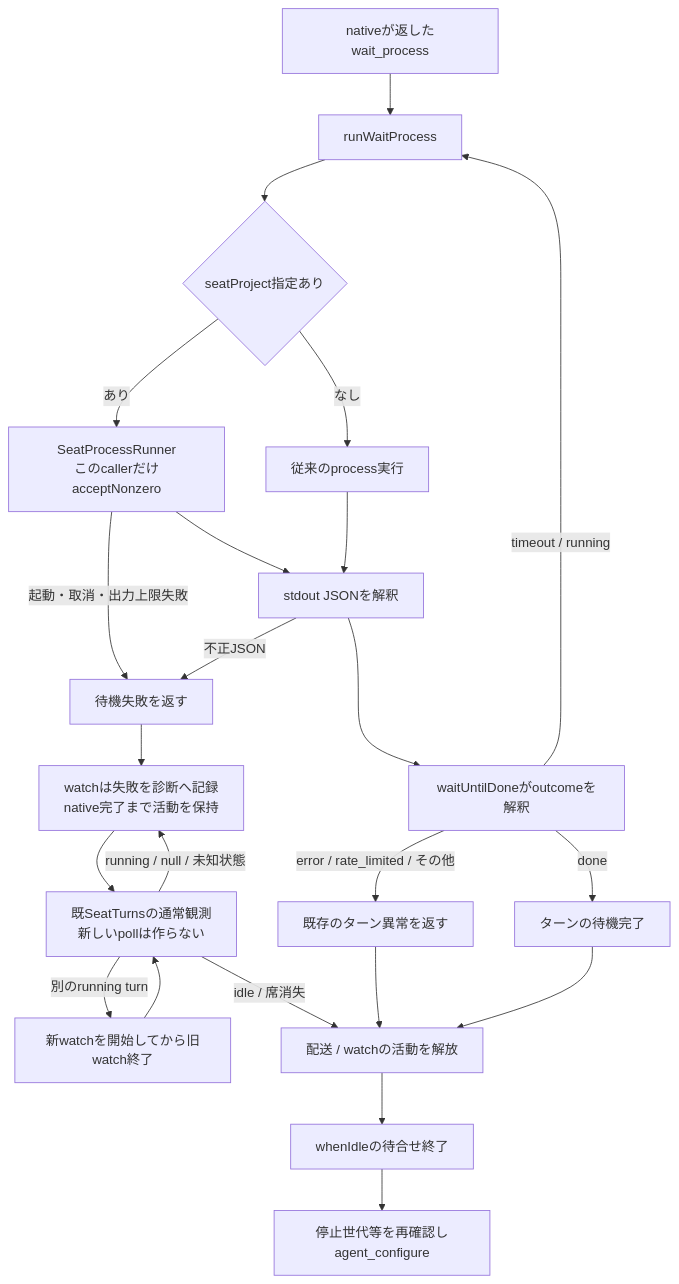
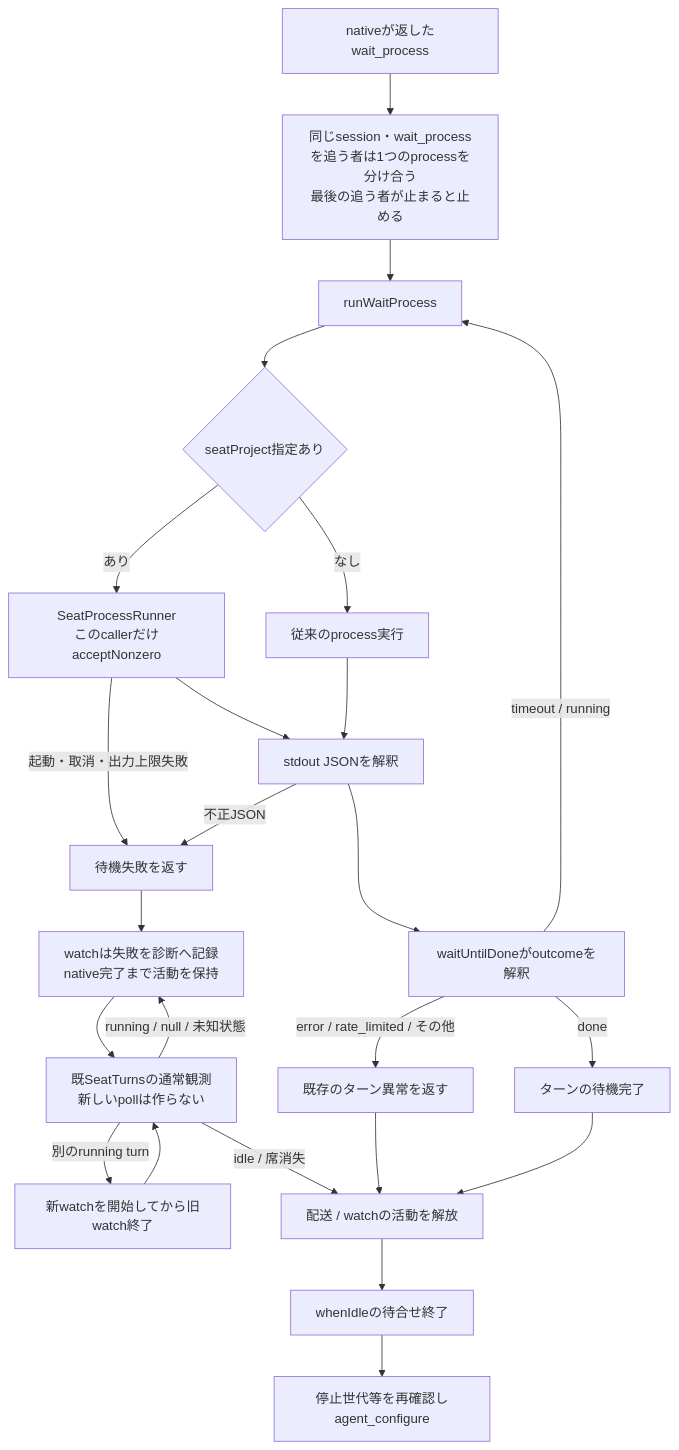
Before and after one commit to kitepon/BellTeam: the first of 6 diagrams in docs/architecture/modules/execution/wait-contract.md, drawn with Mermaid. The commit also changed 2 other files, not shown here.

Commit message:
execution: queued deliveries of one seat share one turn wait process (memory grew with every queued delivery)
A busy seat's queued deliveries each started their own aiterm-wait (sudo + run-seat-command + wait-cli, ~160 MB local, ~70 MB over ssh) on the same
session and cursor. One process per (session, wait_process) now serves every follower; the last follower to stop stops it.

````diff
--- a/docs/architecture/modules/execution/wait-contract.md
+++ b/docs/architecture/modules/execution/wait-contract.md
@@ -9,25 +9,26 @@
 ```mermaid
 flowchart TD
-  Descriptor["nativeが返したwait_process"] --> Caller["runWaitProcess"]
+  Descriptor["nativeが返したwait_process"] --> Share["同じsession・wait_processを追う者は1つのprocessを分け合う<br/>最後の追う者が止まると止める"]
+  Share --> Caller["runWaitProcess"]
   Caller --> Seat{"seatProject指定あり"}
   Seat -->|"あり"| Runner["SeatProcessRunner<br/>このcallerだけacceptNonzero"]
   Seat -->|"なし"| Spawn["従来のprocess実行"]
   Runner --> JSON["stdout JSONを解釈"]
   Spawn --> JSON
   Runner -->|"起動・取消・出力上限失敗"| Failure["待機失敗を返す"]
   JSON -->|"不正JSON"| Failure
   JSON --> Outcome["waitUntilDoneがoutcomeを解釈"]
   Outcome -->|"timeout / running"| Caller
   Outcome -->|"done"| Complete["ターンの待機完了"]
   Outcome -->|"error / rate_limited / その他"| TurnFailure["既存のターン異常を返す"]
   Failure --> FailedWatch["watchは失敗を診断へ記録<br/>native完了まで活動を保持"]
   FailedWatch --> Poll["既SeatTurnsの通常観測<br/>新しいpollは作らない"]
   Poll -->|"running / null / 未知状態"| FailedWatch
   Poll -->|"別のrunning turn"| Handoff["新watchを開始してから旧watch終了"]
   Handoff --> Poll
   Poll -->|"idle / 席消失"| Release
   TurnFailure --> Release
   Complete --> Release["配送 / watchの活動を解放"]
   Release --> Idle["whenIdleの待合せ終了"]
   Idle --> Configure["停止世代等を再確認しagent_configure"]
 ```
````
